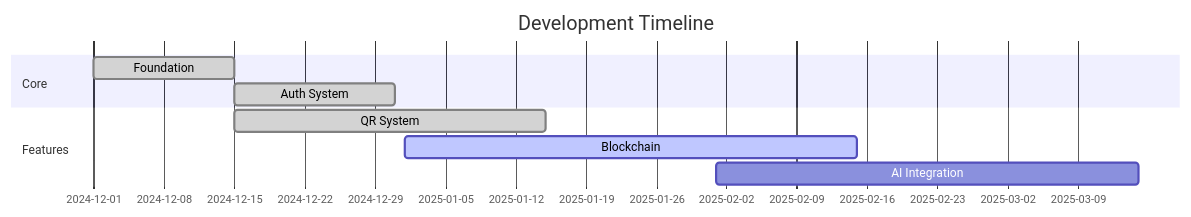
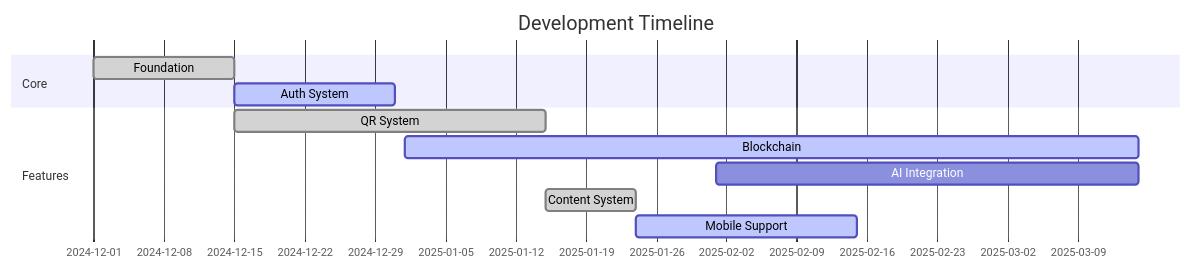
One commit to mrj0nesmtl/sheltr-v2 changed the fourth of 8 diagrams in public/docs/core/overview.md. Above: the diagram before and after it, drawn with Mermaid. The commit also changed other lines of this file and 18 other files, not shown here.

````diff
--- a/public/docs/core/overview.md
+++ b/public/docs/core/overview.md
@@ -127,12 +139,14 @@
 ```mermaid
 gantt
     title Development Timeline
     dateFormat  YYYY-MM-DD
     section Core
     Foundation    :done, 2024-12-01, 2024-12-15
-    Auth System   :done, 2024-12-15, 2024-12-31
+    Auth System   :active, 2024-12-15, 2024-12-31
     section Features
     QR System    :done, 2024-12-15, 2025-01-15
-    Blockchain   :active, 2025-01-01, 2025-02-15
+     Blockchain   :active, 2025-01-01, 2025-03-15
     AI Integration :2025-02-01, 2025-03-15
+    Content System :done, 2025-01-15, 2025-01-24
+    Mobile Support :active, 2025-01-24, 2025-02-15
 ```
````
